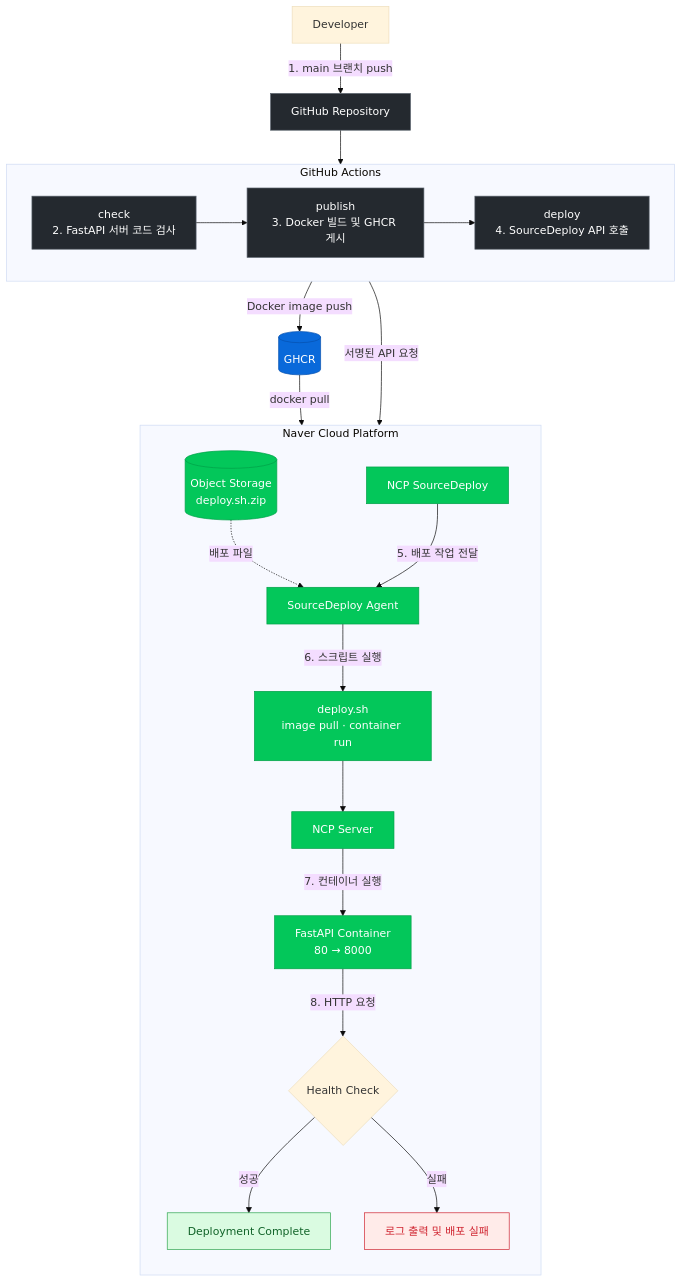
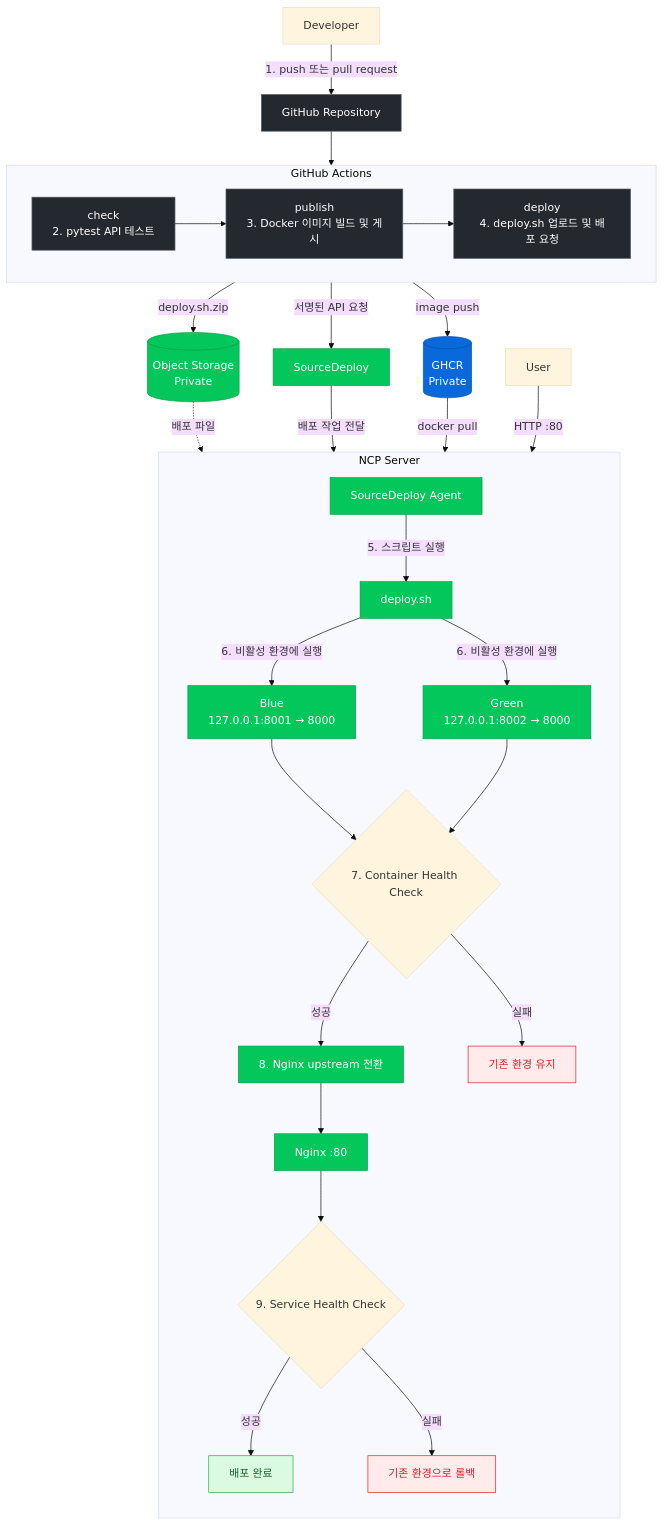
Before and after one commit to yoondv/ncp-lab: the first of 2 diagrams in README.md, drawn with Mermaid (base theme). The commit also changed other lines of this file and 5 other files, not shown here.

Commit message:
feat: pytest 기반 API 테스트와 동시 배포 방지 추가

````diff
--- a/README.md
+++ b/README.md
@@ -64,42 +60,49 @@
 ```mermaid
 flowchart TB
-    DEV[Developer] -->|1. main 브랜치 push| REPO[GitHub Repository]
+    DEV[Developer] -->|1. push 또는 pull request| REPO[GitHub Repository]
 
     subgraph GHA[GitHub Actions]
         direction LR
-        CHECK["check<br/>2. FastAPI 서버 코드 검사"]
-        PUBLISH["publish<br/>3. Docker 빌드 및 GHCR 게시"]
-        DEPLOY["deploy<br/>4. SourceDeploy API 호출"]
+        CHECK["check<br/>2. pytest API 테스트"]
+        PUBLISH["publish<br/>3. Docker 이미지 빌드 및 게시"]
+        DEPLOY["deploy<br/>4. deploy.sh 업로드 및 배포 요청"]
         CHECK --> PUBLISH --> DEPLOY
     end
 
     REPO --> CHECK
-    PUBLISH -->|Docker image push| GHCR[(GHCR)]
-    DEPLOY -->|서명된 API 요청| SD[NCP SourceDeploy]
+    PUBLISH -->|image push| GHCR[(GHCR<br/>Private)]
+    DEPLOY -->|deploy.sh.zip| STORAGE[(Object Storage<br/>Private)]
+    DEPLOY -->|서명된 API 요청| SD[SourceDeploy]
 
-    subgraph NCP[Naver Cloud Platform]
+    subgraph NCP[NCP Server]
         direction TB
-        STORAGE[(Object Storage<br/>deploy.sh.zip)] -. 배포 파일 .-> AGENT[SourceDeploy Agent]
-        SD -->|5. 배포 작업 전달| AGENT
-        AGENT -->|6. 스크립트 실행| SCRIPT["deploy.sh<br/>image pull · container run"]
-        SCRIPT --> SERVER[NCP Server]
-        SERVER -->|7. 컨테이너 실행| APP[FastAPI Container<br/>80 → 8000]
-        APP -->|8. HTTP 요청| HEALTH{Health Check}
-        HEALTH -->|성공| COMPLETE[Deployment Complete]
-        HEALTH -->|실패| LOG[로그 출력 및 배포 실패]
+        AGENT[SourceDeploy Agent] -->|5. 스크립트 실행| SCRIPT[deploy.sh]
+        SCRIPT -->|6. 비활성 환경에 실행| BLUE["Blue<br/>127.0.0.1:8001 → 8000"]
+        SCRIPT -->|6. 비활성 환경에 실행| GREEN["Green<br/>127.0.0.1:8002 → 8000"]
+        BLUE --> HEALTH{7. Container Health Check}
+        GREEN --> HEALTH
+        HEALTH -->|성공| SWITCH[8. Nginx upstream 전환]
+        HEALTH -->|실패| KEEP[기존 환경 유지]
+        SWITCH --> NGINX[Nginx :80]
+        NGINX --> FINAL{9. Service Health Check}
+        FINAL -->|성공| COMPLETE["배포 완료"]
+        FINAL -->|실패| ROLLBACK[기존 환경으로 롤백]
     end
 
-    GHCR -->|docker pull| SERVER
+    STORAGE -. 배포 파일 .-> AGENT
+    SD -->|배포 작업 전달| AGENT
+    GHCR -->|docker pull| SCRIPT
+    USER[User] -->|HTTP :80| NGINX
 
     classDef github fill:#24292f,color:#ffffff,stroke:#57606a;
     classDef registry fill:#0969da,color:#ffffff,stroke:#0550ae;
     classDef ncp fill:#03c75a,color:#ffffff,stroke:#009f47;
     classDef success fill:#dafbe1,color:#116329,stroke:#2da44e;
     classDef failure fill:#ffebe9,color:#cf222e,stroke:#cf222e;
 
     class REPO,CHECK,PUBLISH,DEPLOY github;
     class GHCR registry;
-    class SD,STORAGE,AGENT,SCRIPT,SERVER,APP ncp;
+    class SD,STORAGE,AGENT,SCRIPT,BLUE,GREEN,SWITCH,NGINX ncp;
     class COMPLETE success;
-    class LOG failure;
+    class KEEP,ROLLBACK failure;
 ```
````
